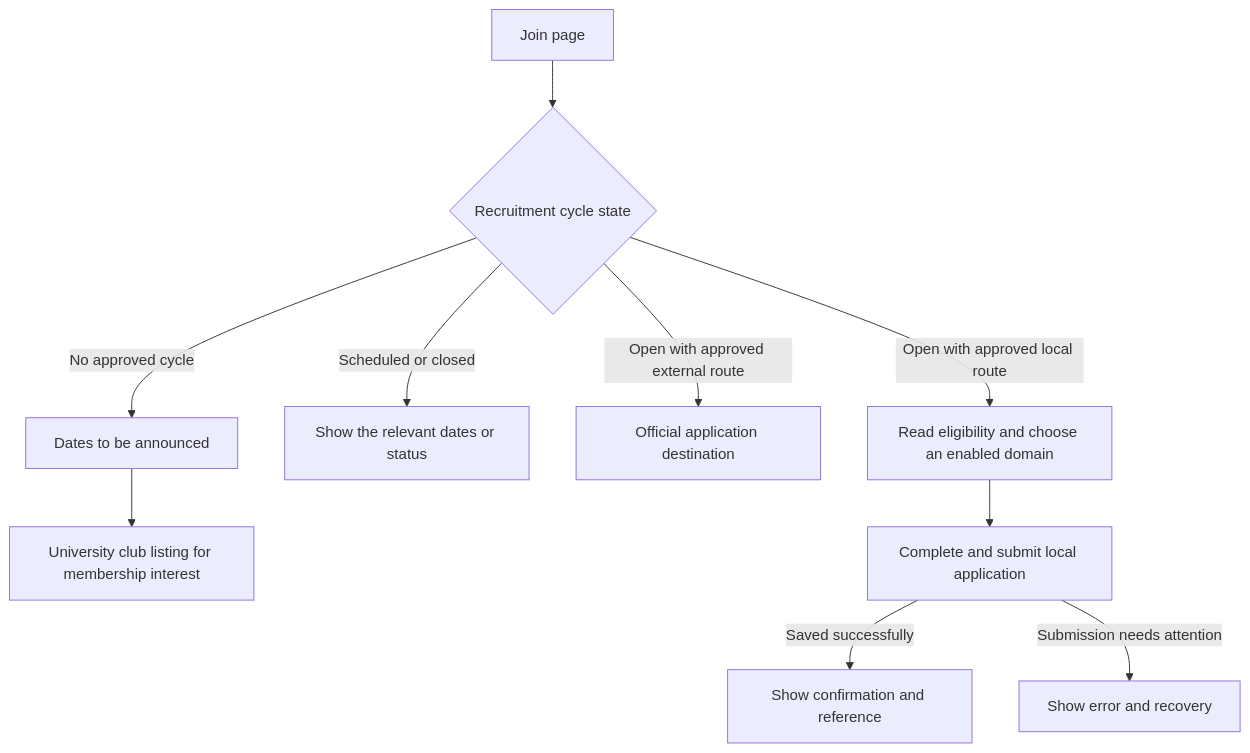
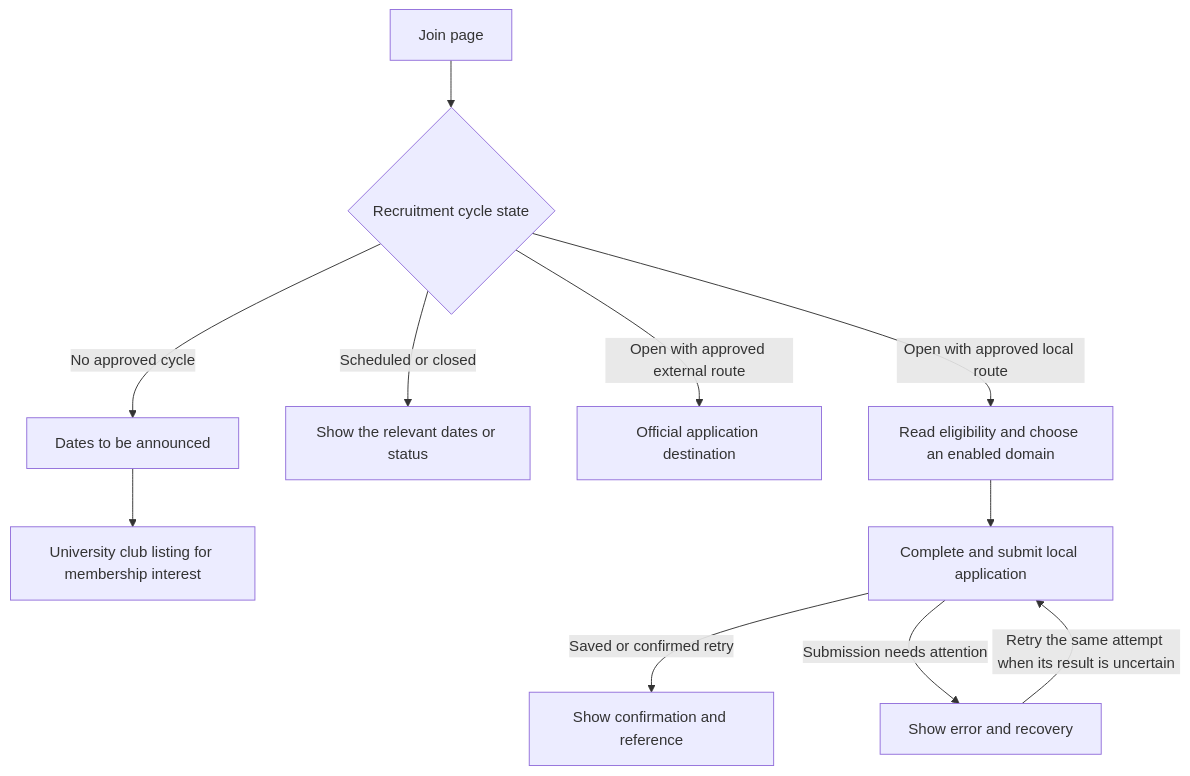
The second of 3 diagrams in docs/PAGES_AND_JOURNEYS.md (pranav-pushya/Code2Chill), drawn with Mermaid before and after one commit. The commit also changed other lines of this file and 2 other files, not shown here.

Commit message:
fix empty events and application retry

````diff
--- a/docs/PAGES_AND_JOURNEYS.md
+++ b/docs/PAGES_AND_JOURNEYS.md
@@ -65,12 +69,13 @@
 ```mermaid
 flowchart TD
     J[Join page] --> C{Recruitment cycle state}
     C -->|No approved cycle| A[Dates to be announced]
     A --> I[University club listing for membership interest]
     C -->|Scheduled or closed| T[Show the relevant dates or status]
     C -->|Open with approved external route| E[Official application destination]
     C -->|Open with approved local route| D[Read eligibility and choose an enabled domain]
     D --> F[Complete and submit local application]
-    F -->|Saved successfully| R[Show confirmation and reference]
+    F -->|Saved or confirmed retry| R[Show confirmation and reference]
     F -->|Submission needs attention| S[Show error and recovery]
+    S -->|Retry the same attempt when its result is uncertain| F
 ```
````
